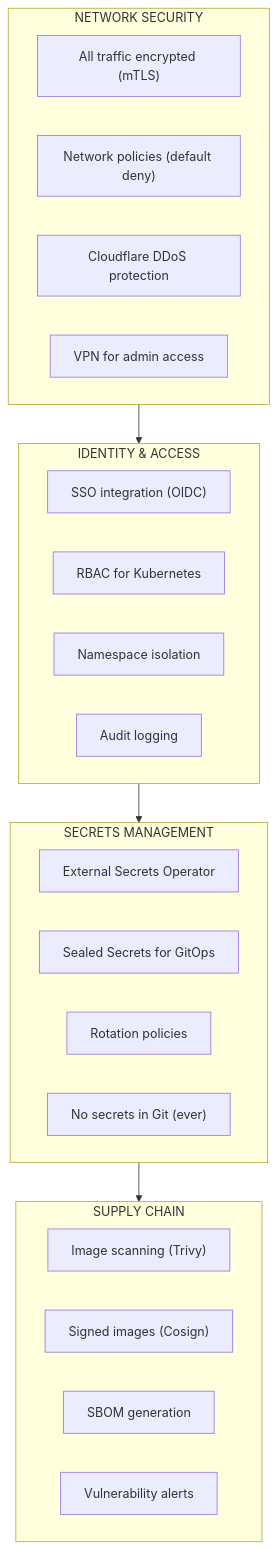
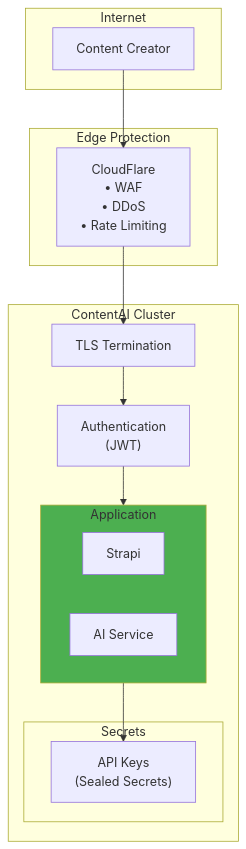
The ninth of 9 diagrams in DevOps/01-Product/03-Capabilities.md (PearlThoughtsInternship/Internship-Obsidian-Vault), drawn with Mermaid before and after one commit. The commit also changed other lines of this file and 1 other file, not shown here.

First line of the commit message:
Rewrite Capabilities and Target Architecture with ContentAI focus

````diff
--- a/DevOps/01-Product/03-Capabilities.md
+++ b/DevOps/01-Product/03-Capabilities.md
@@ -208,32 +344,29 @@
 ```mermaid
 flowchart TB
-    subgraph Network["NETWORK SECURITY"]
-        N1["All traffic encrypted (mTLS)"]
-        N2["Network policies (default deny)"]
-        N3["Cloudflare DDoS protection"]
-        N4["VPN for admin access"]
+    subgraph External["Internet"]
+        User["Content Creator"]
     end
 
-    subgraph Identity["IDENTITY & ACCESS"]
-        I1["SSO integration (OIDC)"]
-        I2["RBAC for Kubernetes"]
-        I3["Namespace isolation"]
-        I4["Audit logging"]
+    subgraph Edge["Edge Protection"]
+        CF["CloudFlare\n• WAF\n• DDoS\n• Rate Limiting"]
     end
 
-    subgraph Secrets["SECRETS MANAGEMENT"]
-        S1["External Secrets Operator"]
-        S2["Sealed Secrets for GitOps"]
-        S3["Rotation policies"]
-        S4["No secrets in Git (ever)"]
+    subgraph ContentAI["ContentAI Cluster"]
+        TLS["TLS Termination"]
+        Auth["Authentication\n(JWT)"]
+
+        subgraph App["Application"]
+            Strapi["Strapi"]
+            AI["AI Service"]
+        end
+
+        subgraph Secrets["Secrets"]
+            Keys["API Keys\n(Sealed Secrets)"]
+        end
     end
 
-    subgraph Supply["SUPPLY CHAIN"]
-        SC1["Image scanning (Trivy)"]
-        SC2["Signed images (Cosign)"]
-        SC3["SBOM generation"]
-        SC4["Vulnerability alerts"]
-    end
+    User --> CF --> TLS --> Auth --> App
+    App --> Keys
 
-    Network --> Identity --> Secrets --> Supply
+    style App fill:#4CAF50
 ```
````
